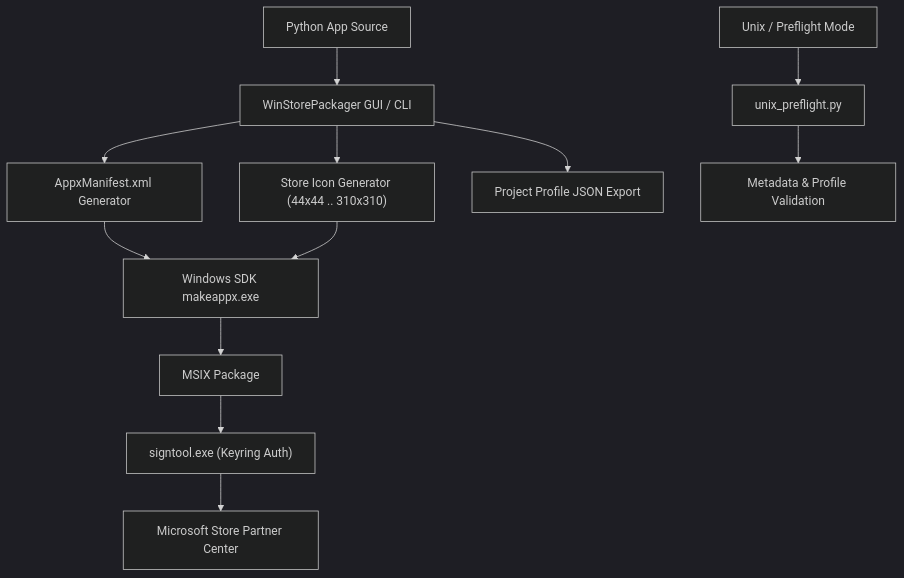
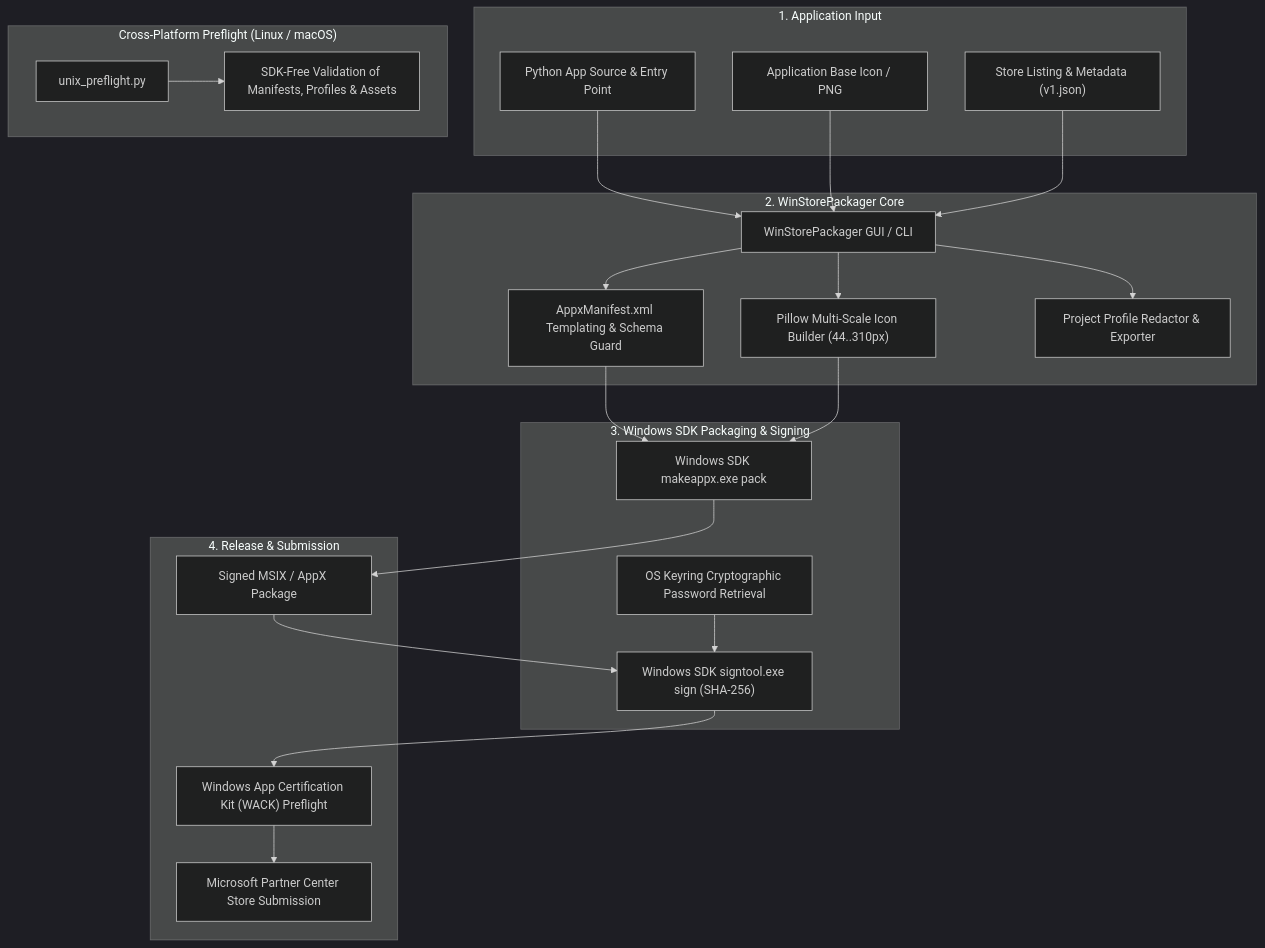
One commit to file-bricks/WinStorePackager changed the first of 2 diagrams in README.md. Above: the diagram before and after it, drawn with Mermaid (dark theme). The commit also changed other lines of this file and 7 other files, not shown here.

Commit message:
feat(marketing): Pfad B visual showcase, bilingual security policy, multi-OS CI matrix, PEP 621 metadata & contract suite

````diff
--- a/README.md
+++ b/README.md
@@ -57,15 +74,40 @@
 ```mermaid
-graph TD
-    A["Python App Source"] --> B["WinStorePackager GUI / CLI"]
-    B --> C["AppxManifest.xml Generator"]
-    B --> D["Store Icon Generator (44x44 .. 310x310)"]
-    B --> E["Project Profile JSON Export"]
-    C --> F["Windows SDK makeappx.exe"]
-    D --> F
-    F --> G["MSIX Package"]
-    G --> H["signtool.exe (Keyring Auth)"]
-    H --> I["Microsoft Store Partner Center"]
+flowchart TD
+    subgraph Input["1. Application Input"]
+        A["Python App Source & Entry Point"]
+        B["Application Base Icon / PNG"]
+        C["Store Listing & Metadata (v1.json)"]
+    end
 
-    J["Unix / Preflight Mode"] --> K["unix_preflight.py"]
-    K --> L["Metadata & Profile Validation"]
+    subgraph Core["2. WinStorePackager Core"]
+        D["WinStorePackager GUI / CLI"]
+        E["AppxManifest.xml Templating & Schema Guard"]
+        F["Pillow Multi-Scale Icon Builder (44..310px)"]
+        G["Project Profile Redactor & Exporter"]
+    end
+
+    subgraph Build["3. Windows SDK Packaging & Signing"]
+        H["Windows SDK makeappx.exe pack"]
+        I["OS Keyring Cryptographic Password Retrieval"]
+        J["Windows SDK signtool.exe sign (SHA-256)"]
+    end
+
+    subgraph Output["4. Release & Submission"]
+        K["Signed MSIX / AppX Package"]
+        L["Windows App Certification Kit (WACK) Preflight"]
+        M["Microsoft Partner Center Store Submission"]
+    end
+
+    A & B & C --> D
+    D --> E & F & G
+    E & F --> H
+    H --> K
+    K --> J
+    I --> J
+    J --> L
+    L --> M
+
+    subgraph Unix["Cross-Platform Preflight (Linux / macOS)"]
+        N["unix_preflight.py"] --> O["SDK-Free Validation of Manifests, Profiles & Assets"]
+    end
 ```
````
